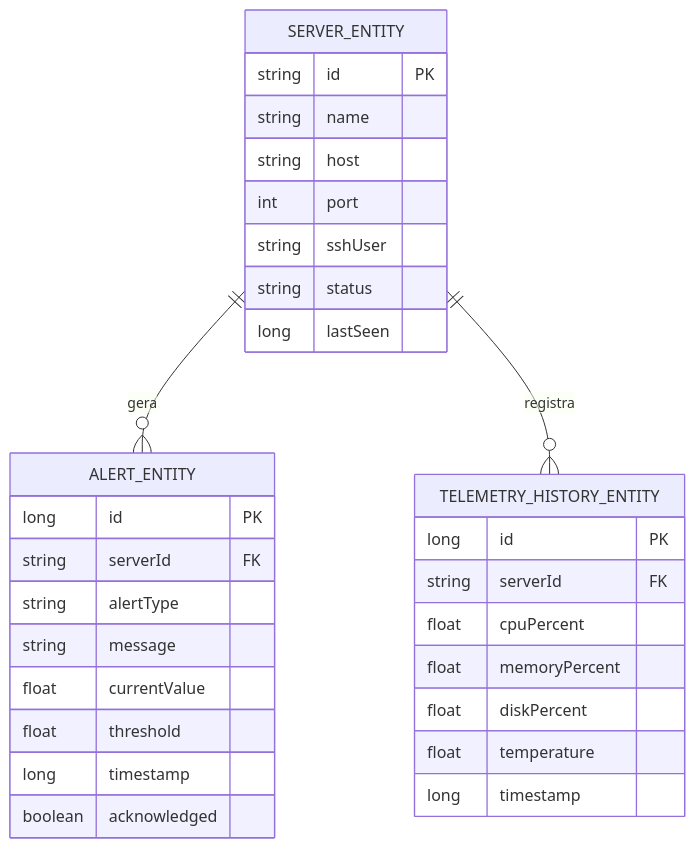
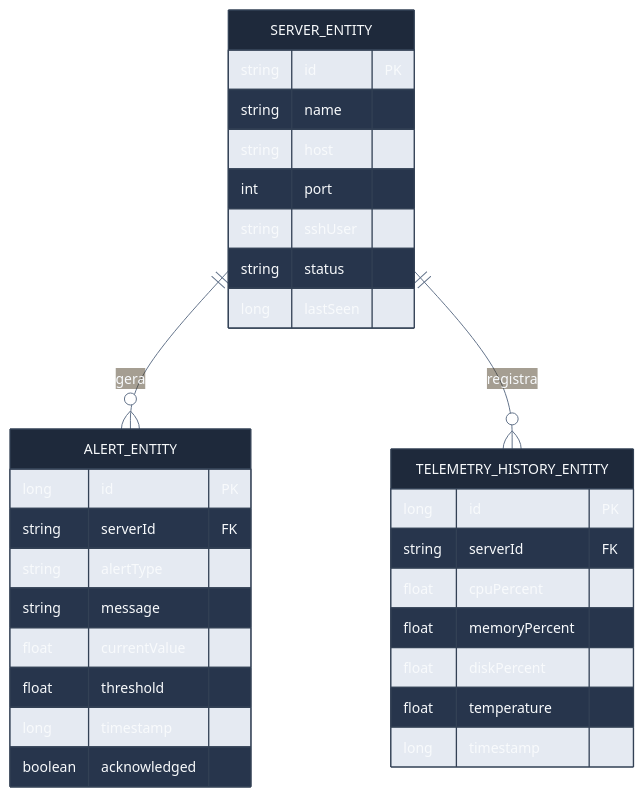
Before and after one commit to Munique-Feitoza/server-controller: the sixth of 8 diagrams in docs/DATA_MODELS.md, drawn with Mermaid. The commit also changed other lines of this file and 8 other files, not shown here.

First line of the commit message:
docs: aplicar tema visual consistente nos diagramas mermaid

````diff
--- a/docs/DATA_MODELS.md
+++ b/docs/DATA_MODELS.md
@@ -382,36 +387,50 @@
 ```mermaid
+%%{init: {
+  "theme": "base",
+  "themeVariables": {
+    "fontFamily": "Inter, -apple-system, Segoe UI, sans-serif",
+    "fontSize": "14px",
+    "primaryColor": "#1e293b",
+    "primaryTextColor": "#f8fafc",
+    "primaryBorderColor": "#334155",
+    "lineColor": "#64748b",
+    "clusterBkg": "#0f172a",
+    "clusterBorder": "#334155"
+  },
+  "flowchart": { "curve": "basis", "padding": 20 }
+}}%%
 erDiagram
     SERVER_ENTITY {
         string id PK
         string name
         string host
         int port
         string sshUser
         string status
         long lastSeen
     }
 
     ALERT_ENTITY {
         long id PK
         string serverId FK
         string alertType
         string message
         float currentValue
         float threshold
         long timestamp
         boolean acknowledged
     }
 
     TELEMETRY_HISTORY_ENTITY {
         long id PK
         string serverId FK
         float cpuPercent
         float memoryPercent
         float diskPercent
         float temperature
         long timestamp
     }
 
     SERVER_ENTITY ||--o{ ALERT_ENTITY : "gera"
     SERVER_ENTITY ||--o{ TELEMETRY_HISTORY_ENTITY : "registra"
 ```
````
